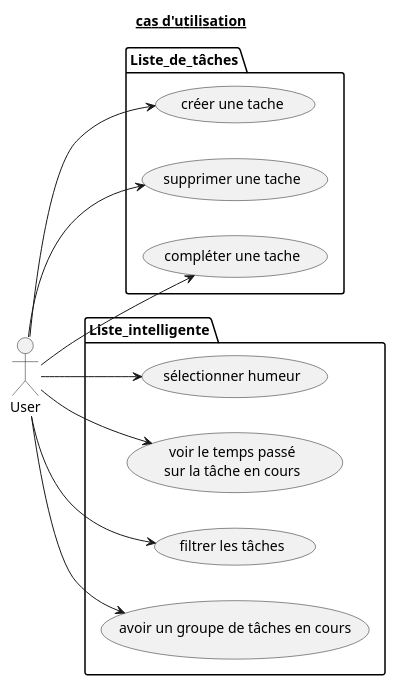
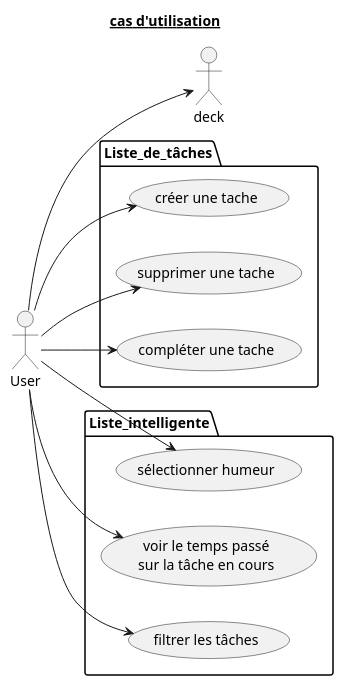
Before and after one commit to Lilianbhr/sprite-task: the diagram in project_structure/use_cases.puml, drawn with PlantUML. The commit also changed 1 other file, not shown here.

Commit message:
Création du diagramme d'états transitions

```diff
--- a/project_structure/use_cases.puml
+++ b/project_structure/use_cases.puml
@@ -1,28 +1,27 @@
 @startuml
 left to right direction
 title __cas d'utilisation__
 
 :User: as U
 
 package Liste_de_tâches {
     (créer une tache) as new
     (supprimer une tache) as remove
     (compléter une tache) as complete
 }
 
 package Liste_intelligente {
     (sélectionner humeur) as select
     (voir le temps passé\nsur la tâche en cours) as time
     (filtrer les tâches) as filter
-    (avoir un groupe de tâches en cours) as deck
 }
 
 U --> new
 U --> remove
 U --> complete
 U --> select
 U --> time
 U --> filter
 U --> deck
 
 @enduml
```
